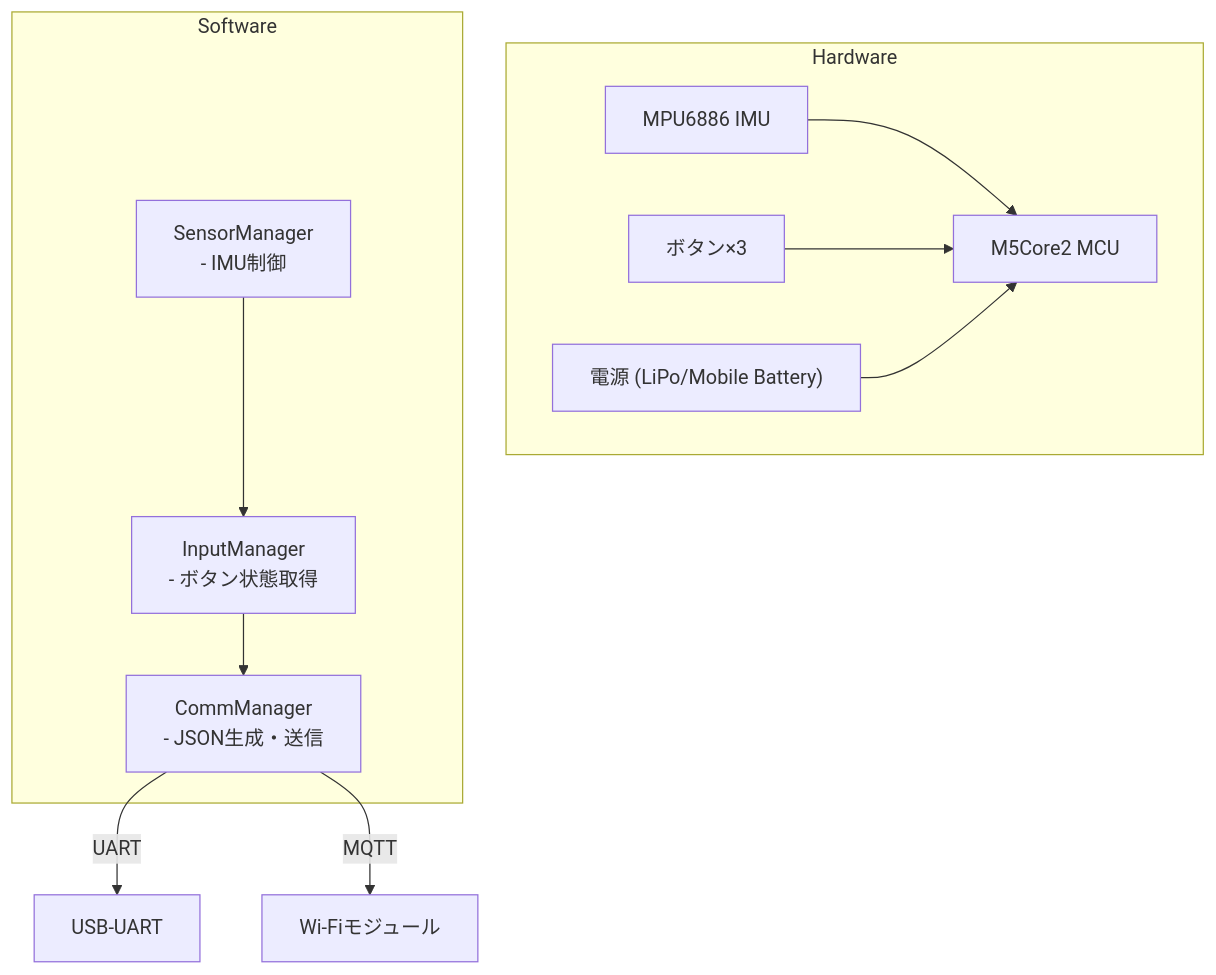
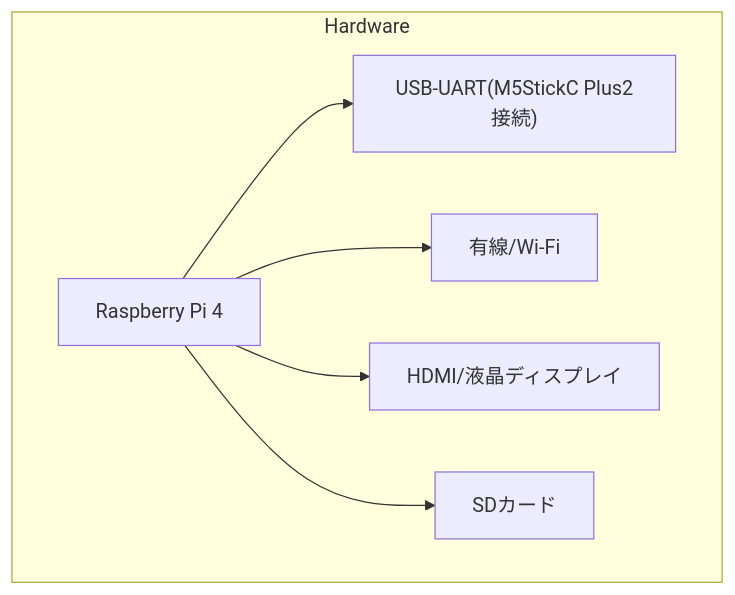
The fourth of 5 diagrams in README.md (Hidenori24/Golf_HILS_System), drawn with Mermaid before and after one commit. The commit also changed other lines of this file, not shown here.

````diff
--- a/README.md
+++ b/README.md
@@ -146,20 +163,14 @@
 ```mermaid
 flowchart TD
   subgraph Hardware
-    IMU[MPU6886 IMU]
-    BTN[ボタン×3]
-    MCU[M5Core2 MCU]
-    PWR["電源 (LiPo/Mobile Battery)"]
-    IMU --> MCU
-    BTN --> MCU
-    PWR --> MCU
+    RPI[Raspberry Pi 4]
+    USB["USB-UART(M5StickC Plus2接続)"]
+    LAN[有線/Wi-Fi]
+    DISP[HDMI/液晶ディスプレイ]
+    SD[SDカード]
+    RPI --> USB
+    RPI --> LAN
+    RPI --> DISP
+    RPI --> SD
   end
-  subgraph Software
-    SensorMgr[SensorManager<br/>- IMU制御]
-    InputMgr[InputManager<br/>- ボタン状態取得]
-    CommMgr[CommManager<br/>- JSON生成・送信]
-    SensorMgr --> InputMgr --> CommMgr
-  end
-  CommMgr -->|UART| UART[USB-UART]
-  CommMgr -->|MQTT| WIFI[Wi-Fiモジュール]
 ```
````
